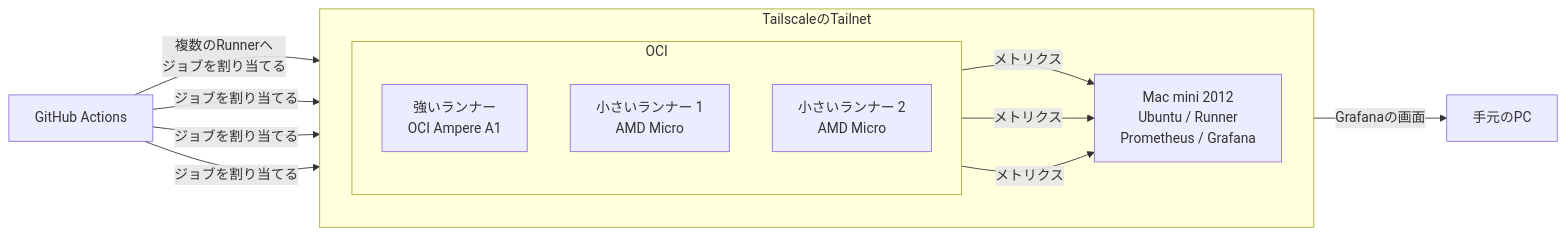
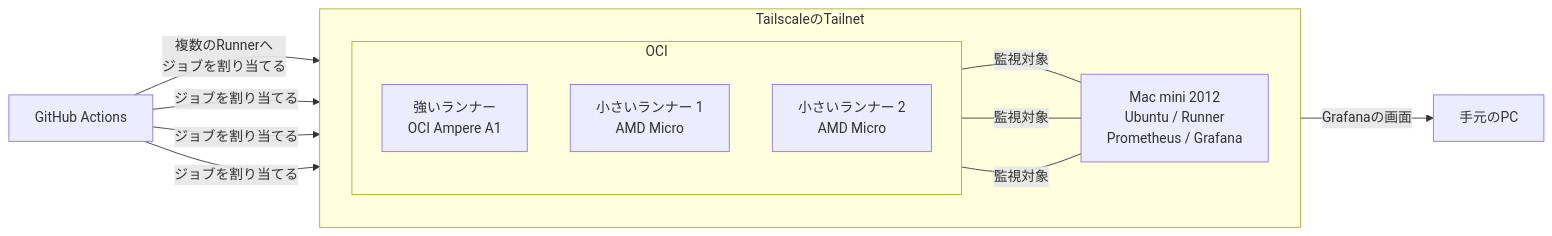
One commit to ara-ta3/zenn.dev changed the first of 2 diagrams in articles/monitor-oracle-cloud-github-actions-runners.md. Above: the diagram before and after it, drawn with Mermaid. The commit also changed other lines of this file, not shown here.

Commit message:
監視構成図と説明の表現を修正

````diff
--- a/articles/monitor-oracle-cloud-github-actions-runners.md
+++ b/articles/monitor-oracle-cloud-github-actions-runners.md
@@ -29,29 +29,29 @@
 ```mermaid
 flowchart LR
   github[GitHub Actions]
 
   subgraph tailnet[TailscaleのTailnet]
     direction LR
 
     subgraph oracle[OCI]
       direction TB
       arm[強いランナー<br>OCI Ampere A1]
       micro1[小さいランナー 1<br>AMD Micro]
       micro2[小さいランナー 2<br>AMD Micro]
     end
 
     monitoring[Mac mini 2012<br>Ubuntu / Runner<br>Prometheus / Grafana]
   end
 
   pc[手元のPC]
 
   github -->|複数のRunnerへ<br>ジョブを割り当てる| arm
   github -->|ジョブを割り当てる| micro1
   github -->|ジョブを割り当てる| micro2
   github -->|ジョブを割り当てる| monitoring
 
-  arm -->|メトリクス| monitoring
-  micro1 -->|メトリクス| monitoring
-  micro2 -->|メトリクス| monitoring
+  arm ---|監視対象| monitoring
+  micro1 ---|監視対象| monitoring
+  micro2 ---|監視対象| monitoring
   monitoring -->|Grafanaの画面| pc
 ```
````
